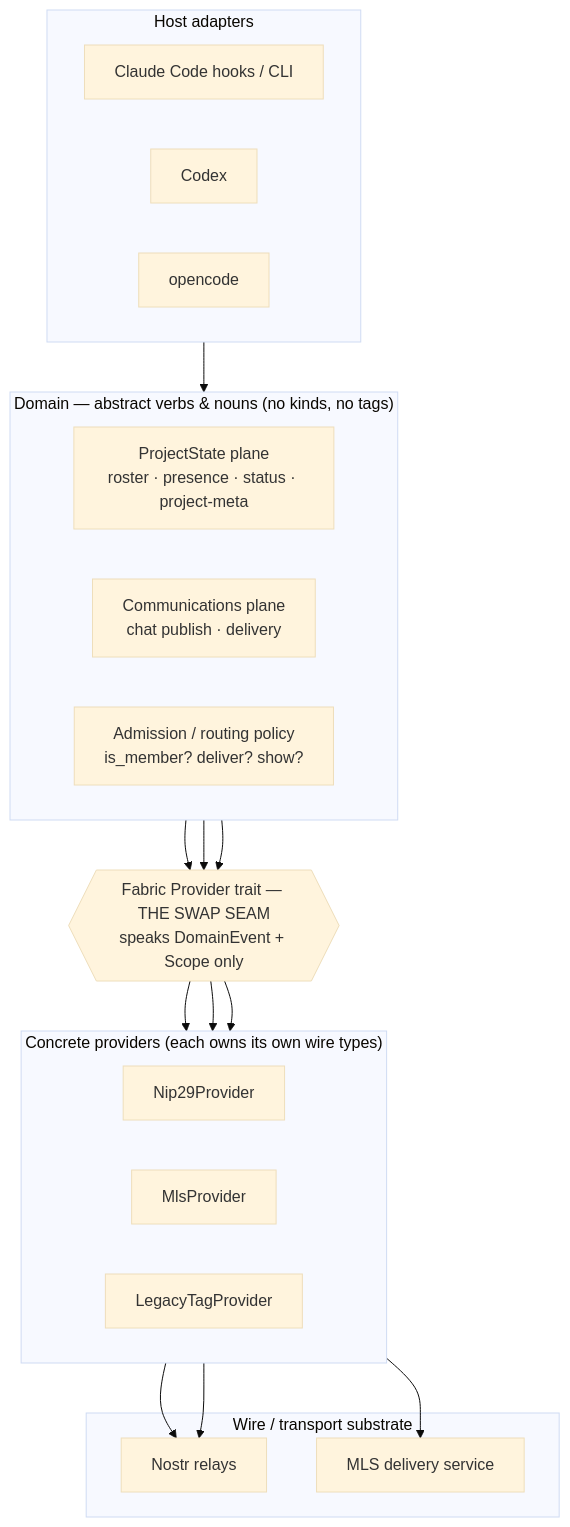
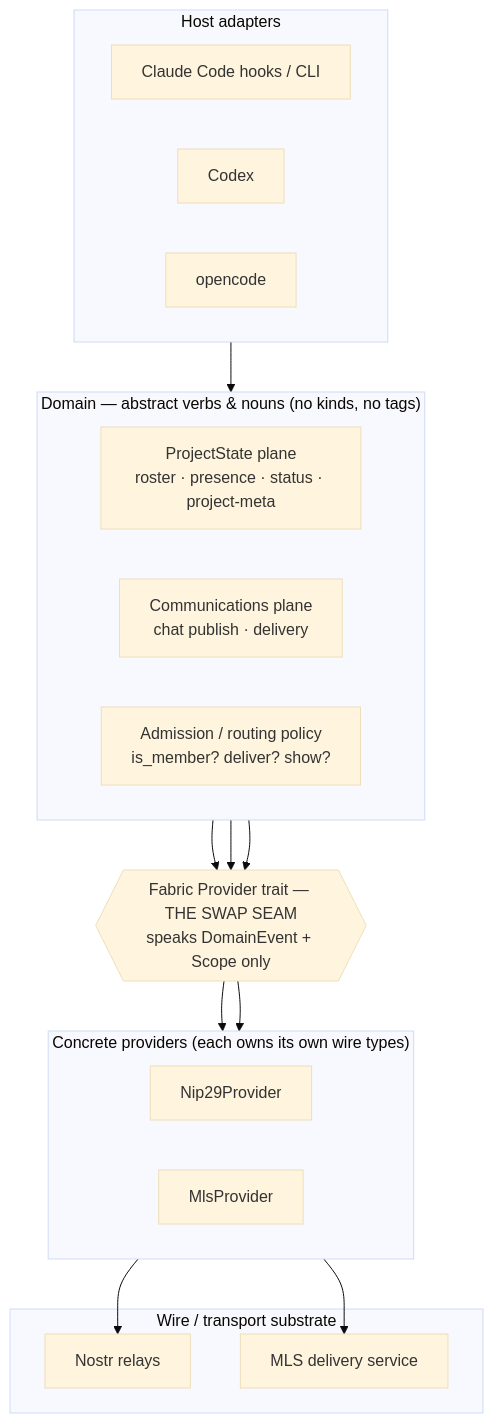
One commit to pablof7z/tenex-edge changed the first of 6 diagrams in docs/fabric-architecture.md. Above: the diagram before and after it, drawn with Mermaid (base theme). The commit also changed other lines of this file and 479 other files, not shown here.

````diff
--- a/docs/fabric-architecture.md
+++ b/docs/fabric-architecture.md
@@ -71,38 +67,36 @@
 ```mermaid
 flowchart TD
     subgraph HOST["Host adapters"]
         H1["Claude Code hooks / CLI"]
         H2["Codex"]
         H3["opencode"]
     end
 
     subgraph DOMAIN["Domain — abstract verbs & nouns (no kinds, no tags)"]
         direction LR
         PS["ProjectState plane<br/>roster · presence · status · project-meta"]
         CM["Communications plane<br/>chat publish · delivery"]
         ADMIT["Admission / routing policy<br/>is_member? deliver? show?"]
     end
 
     SEAM{{"Fabric Provider trait — THE SWAP SEAM<br/>speaks DomainEvent + Scope only"}}
 
     subgraph PROV["Concrete providers (each owns its own wire types)"]
         direction LR
         P1["Nip29Provider"]
         P2["MlsProvider"]
-        P3["LegacyTagProvider"]
     end
 
     subgraph WIRE["Wire / transport substrate"]
         R1["Nostr relays"]
         R2["MLS delivery service"]
     end
 
     HOST --> DOMAIN
     PS --> SEAM
     CM --> SEAM
     ADMIT --> SEAM
-    SEAM --> P1 & P2 & P3
+    SEAM --> P1 & P2
     P1 --> R1
-    P3 --> R1
     P2 --> R2
 ```
````
